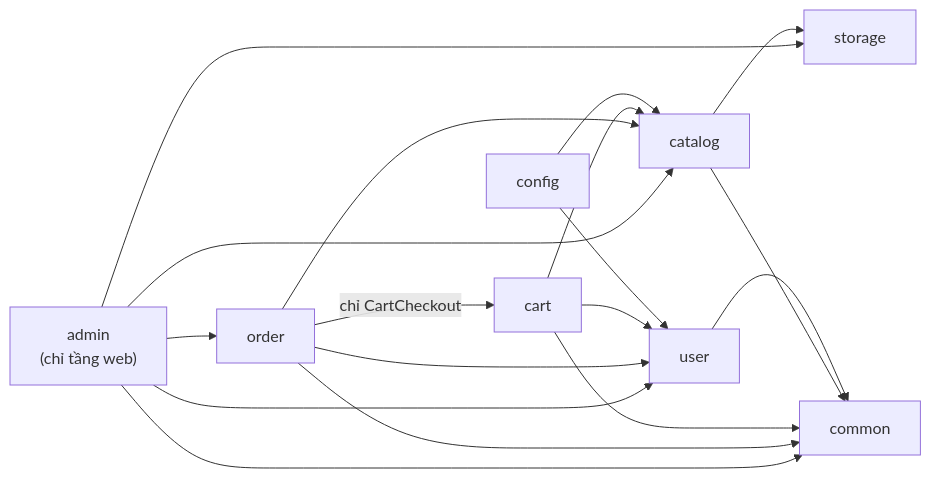
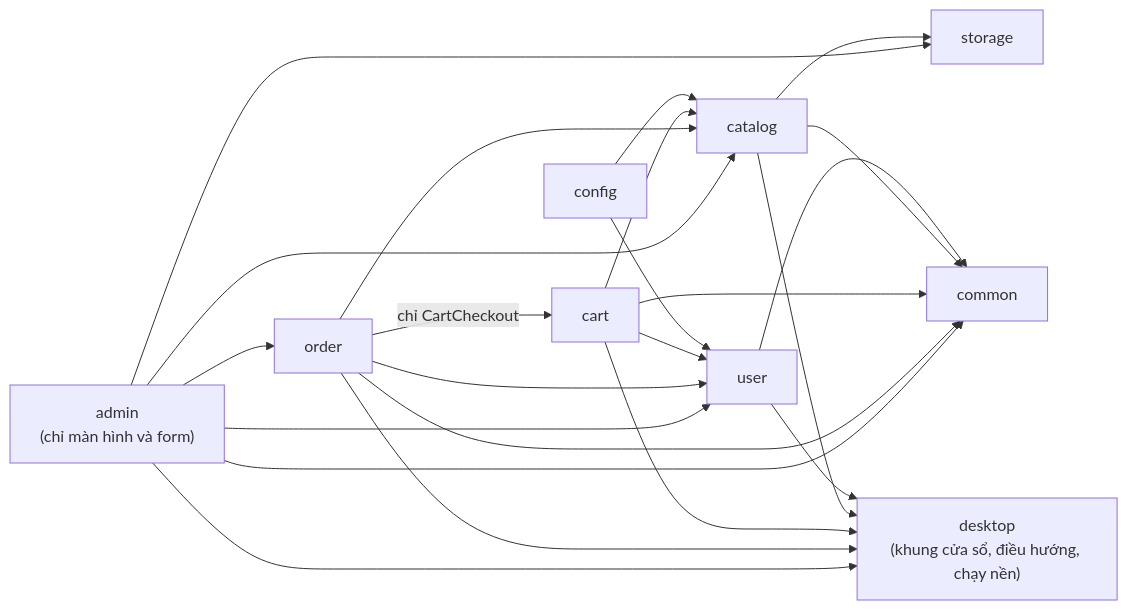
The first of 2 diagrams in docs/architecture.md (Luffyreals/mini-shop), drawn with Mermaid before and after one commit. The commit also changed other lines of this file and 262 other files, not shown here.

````diff
--- a/docs/architecture.md
+++ b/docs/architecture.md
@@ -27,16 +37,17 @@
 ```mermaid
 flowchart LR
-    admin["admin<br/>(chỉ tầng web)"] --> catalog
+    admin["admin<br/>(chỉ màn hình và form)"] --> catalog
     admin --> order
     admin --> storage
     admin --> user
     order -->|"chỉ CartCheckout"| cart
     order --> catalog
     order --> user
     cart --> catalog
     cart --> user
     catalog --> storage
     config --> catalog
     config --> user
     admin & order & cart & catalog & user --> common
+    admin & order & cart & catalog & user --> desktop["desktop<br/>(khung cửa sổ, điều hướng, chạy nền)"]
 ```
````
